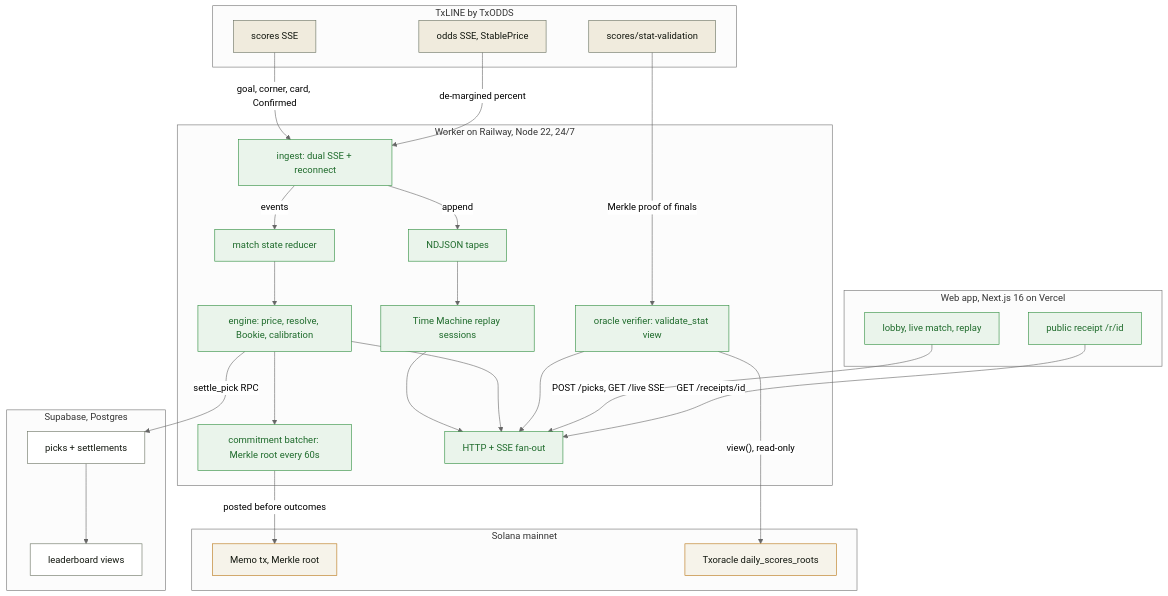
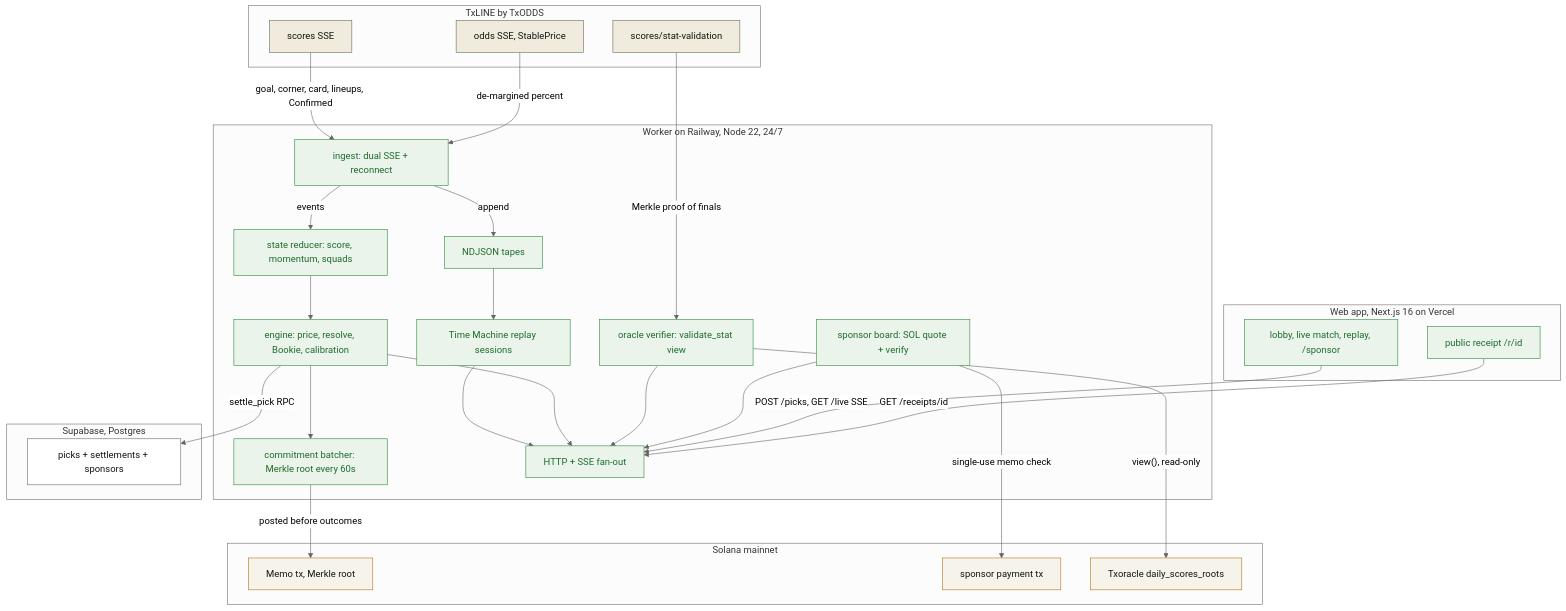
Before and after one commit to Andy00L/called-it: the diagram in README.md, drawn with Mermaid (neutral theme). The commit also changed other lines of this file and 5 other files, not shown here.

````diff
--- a/README.md
+++ b/README.md
@@ -77,55 +90,57 @@
 ```mermaid
 flowchart TD
     subgraph txline["TxLINE by TxODDS"]
         scores["scores SSE"]
         odds["odds SSE, StablePrice"]
         statval["scores/stat-validation"]
     end
     subgraph worker["Worker on Railway, Node 22, 24/7"]
         ingest["ingest: dual SSE + reconnect"]
-        state["match state reducer"]
+        state["state reducer: score, momentum, squads"]
         engine["engine: price, resolve, Bookie, calibration"]
         commit["commitment batcher: Merkle root every 60s"]
         verify["oracle verifier: validate_stat view"]
+        sponsors["sponsor board: SOL quote + verify"]
         tapes["NDJSON tapes"]
         replay["Time Machine replay sessions"]
         fanout["HTTP + SSE fan-out"]
         ingest -->|"events"| state
         state --> engine
         ingest -->|"append"| tapes
         tapes --> replay
         replay --> fanout
         engine --> fanout
         engine --> commit
         verify --> fanout
+        sponsors --> fanout
     end
     subgraph db["Supabase, Postgres"]
-        picks["picks + settlements"]
-        boards["leaderboard views"]
+        picks["picks + settlements + sponsors"]
     end
     subgraph web["Web app, Next.js 16 on Vercel"]
-        lobby["lobby, live match, replay"]
+        lobby["lobby, live match, replay, /sponsor"]
         receipt["public receipt /r/id"]
     end
     subgraph solana["Solana mainnet"]
         memo["Memo tx, Merkle root"]
+        pay["sponsor payment tx"]
         txoracle["Txoracle daily_scores_roots"]
     end
-    scores -->|"goal, corner, card, Confirmed"| ingest
+    scores -->|"goal, corner, card, lineups, Confirmed"| ingest
     odds -->|"de-margined percent"| ingest
     engine -->|"settle_pick RPC"| picks
-    picks --> boards
     commit -->|"posted before outcomes"| memo
+    sponsors -->|"single-use memo check"| pay
     statval -->|"Merkle proof of finals"| verify
     verify -->|"view(), read-only"| txoracle
     lobby -->|"POST /picks, GET /live SSE"| fanout
     receipt -->|"GET /receipts/id"| fanout
     classDef feed fill:#F0EBDD,stroke:#67705F,color:#12170F
     classDef svc fill:#EAF4EB,stroke:#2C8C3C,color:#1F6B2C
     classDef store fill:#FFFFFF,stroke:#67705F,color:#12170F
     classDef chain fill:#F6F3EA,stroke:#B87514,color:#12170F
     class scores,odds,statval feed
-    class ingest,state,engine,commit,verify,tapes,replay,fanout,lobby,receipt svc
-    class picks,boards store
-    class memo,txoracle chain
+    class ingest,state,engine,commit,verify,sponsors,tapes,replay,fanout,lobby,receipt svc
+    class picks store
+    class memo,pay,txoracle chain
 ```
````
